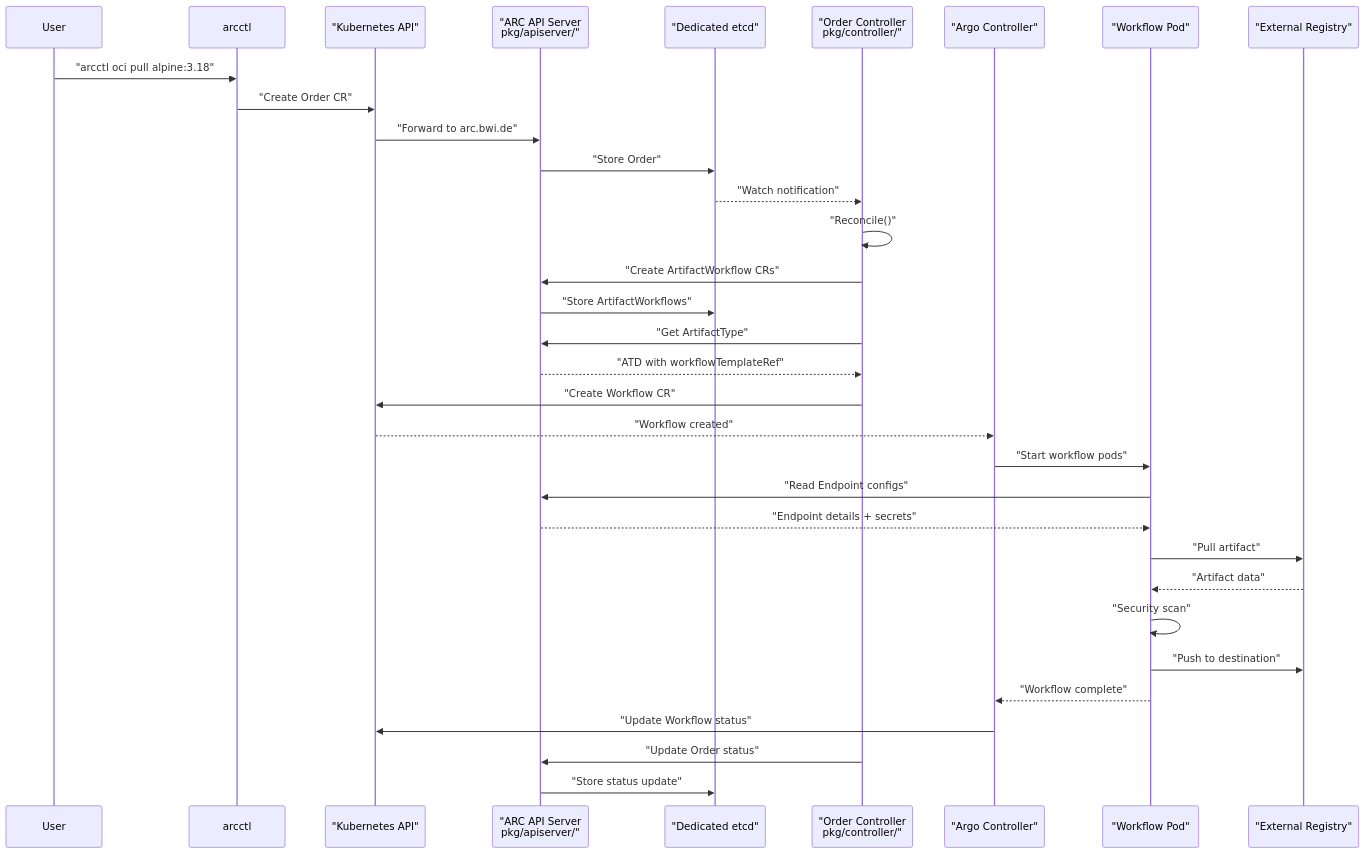
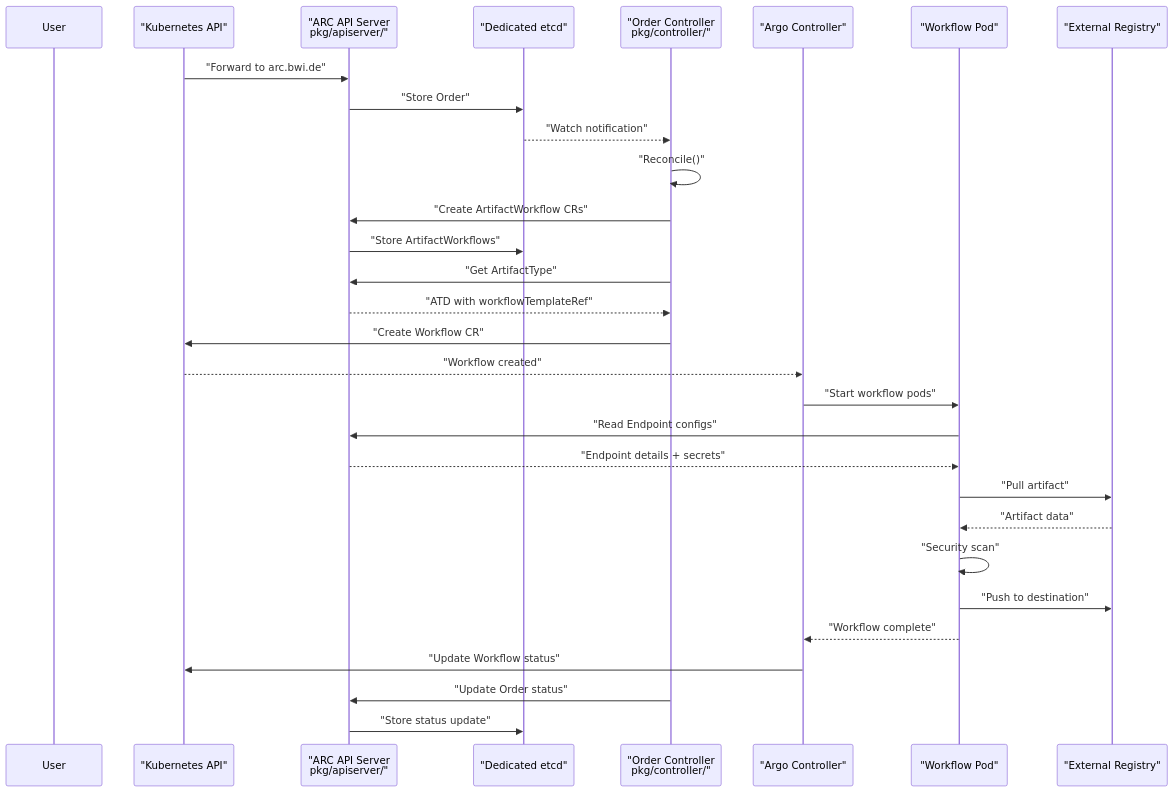
One commit to opendefensecloud/artifact-conduit changed the second of 2 diagrams in docs/index.md. Above: the diagram before and after it, drawn with Mermaid. The commit also changed other lines of this file and 4 other files, not shown here.

````diff
--- a/docs/index.md
+++ b/docs/index.md
@@ -120,44 +120,41 @@
 ```mermaid
 sequenceDiagram
     participant User
-    participant arcctl
     participant K8sAPI as "Kubernetes API"
     participant ARCAPI as "ARC API Server<br/>pkg/apiserver/"
     participant etcd as "Dedicated etcd"
     participant OrderCtrl as "Order Controller<br/>pkg/controller/"
     participant ArgoCtrl as "Argo Controller"
     participant Workflow as "Workflow Pod"
     participant Registry as "External Registry"
     
-    User->>arcctl: "arcctl oci pull alpine:3.18"
-    arcctl->>K8sAPI: "Create Order CR"
     K8sAPI->>ARCAPI: "Forward to arc.bwi.de"
     ARCAPI->>etcd: "Store Order"
     
     etcd-->>OrderCtrl: "Watch notification"
     OrderCtrl->>OrderCtrl: "Reconcile()"
     OrderCtrl->>ARCAPI: "Create ArtifactWorkflow CRs"
     ARCAPI->>etcd: "Store ArtifactWorkflows"
     
     OrderCtrl->>ARCAPI: "Get ArtifactType"
     ARCAPI-->>OrderCtrl: "ATD with workflowTemplateRef"
     
     OrderCtrl->>K8sAPI: "Create Workflow CR"
     K8sAPI-->>ArgoCtrl: "Workflow created"
     
     ArgoCtrl->>Workflow: "Start workflow pods"
     Workflow->>ARCAPI: "Read Endpoint configs"
     ARCAPI-->>Workflow: "Endpoint details + secrets"
     
     Workflow->>Registry: "Pull artifact"
     Registry-->>Workflow: "Artifact data"
     
     Workflow->>Workflow: "Security scan"
     Workflow->>Registry: "Push to destination"
     
     Workflow-->>ArgoCtrl: "Workflow complete"
     ArgoCtrl->>K8sAPI: "Update Workflow status"
     
     OrderCtrl->>ARCAPI: "Update Order status"
     ARCAPI->>etcd: "Store status update"
 ```
````
